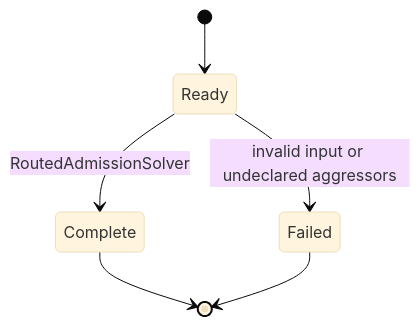
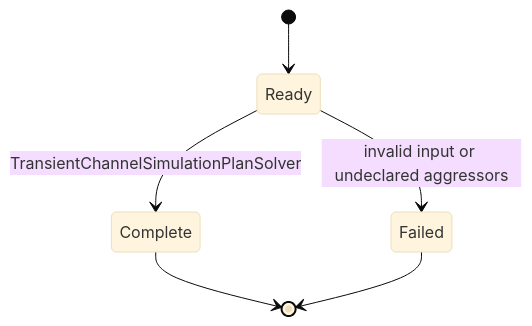
The second of 2 diagrams in docs/ARCHITECTURE.md (draarivpatel-ui/signal-integrity-pipeline), drawn with Mermaid (base theme) before and after one commit. The commit also changed other lines of this file and 215 other files, not shown here.

Commit message:
Rename the transient channel simulation plan solver

````diff
--- a/docs/ARCHITECTURE.md
+++ b/docs/ARCHITECTURE.md
@@ -28,8 +28,8 @@
 ```mermaid
 stateDiagram-v2
   [*] --> Ready
-  Ready --> Complete: RoutedAdmissionSolver
+  Ready --> Complete: TransientChannelSimulationPlanSolver
   Ready --> Failed: invalid input or undeclared aggressors
   Complete --> [*]
   Failed --> [*]
 ```
````
